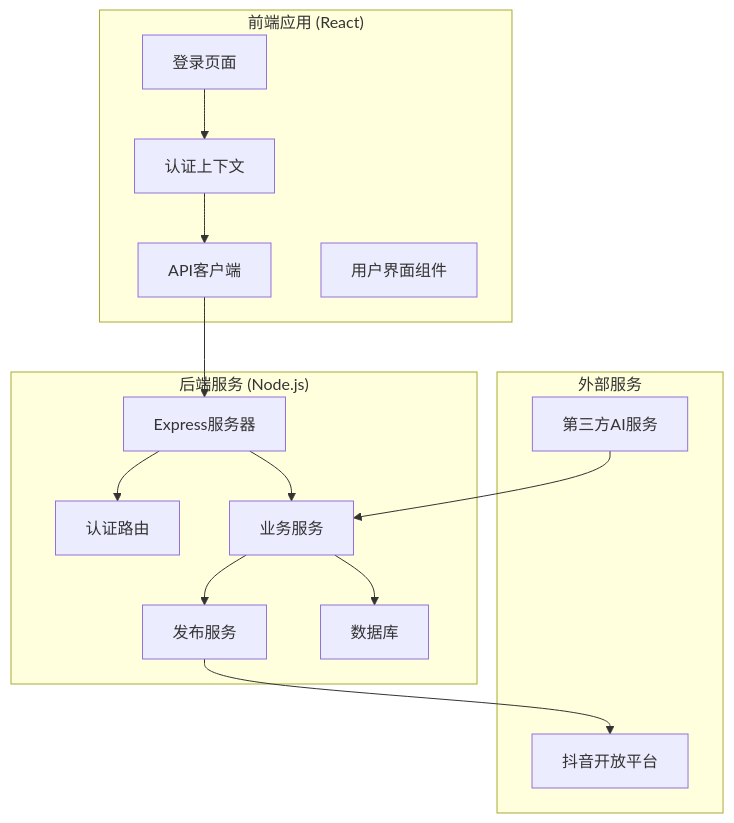
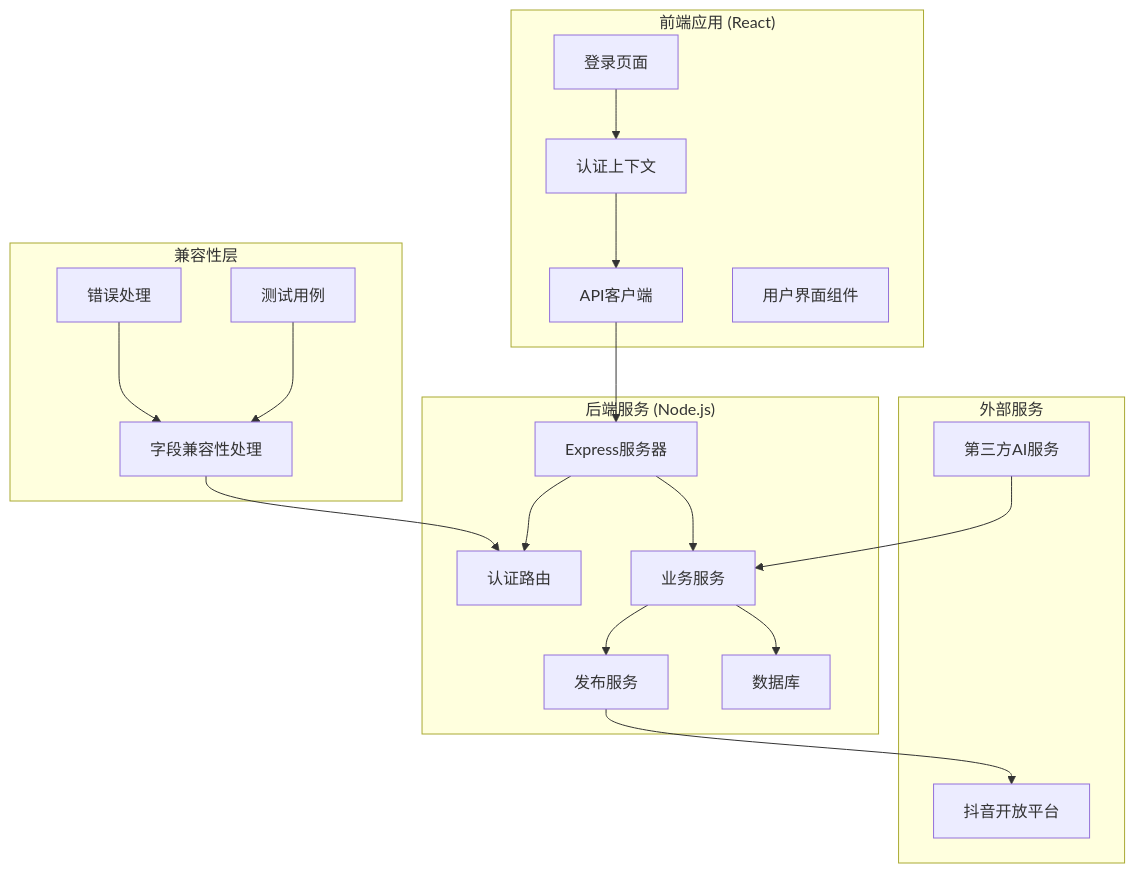
Before and after one commit to songdiyang/clawOperations: the fourth of 14 diagrams in .qoder/repowiki/zh/content/核心模块详解/认证模块/抖音OAuth集成.md, drawn with Mermaid. The commit also changed other lines of this file and 6 other files, not shown here.

````diff
--- a/.qoder/repowiki/zh/content/核心模块详解/认证模块/抖音OAuth集成.md
+++ b/.qoder/repowiki/zh/content/核心模块详解/认证模块/抖音OAuth集成.md
@@ -190,29 +222,37 @@
 ```mermaid
 graph TB
 subgraph "前端应用 (React)"
 A[登录页面]
 B[认证上下文]
 C[API客户端]
 D[用户界面组件]
 end
 subgraph "后端服务 (Node.js)"
 E[Express服务器]
 F[认证路由]
 G[业务服务]
 H[发布服务]
 I[数据库]
 end
 subgraph "外部服务"
 J[抖音开放平台]
 K[第三方AI服务]
 end
+subgraph "兼容性层"
+L[字段兼容性处理]
+M[测试用例]
+N[错误处理]
+end
 A --> B
 B --> C
 C --> E
 E --> F
 E --> G
 G --> H
 H --> J
 G --> I
 K --> G
+L --> F
+M --> L
+N --> L
 ```
````
